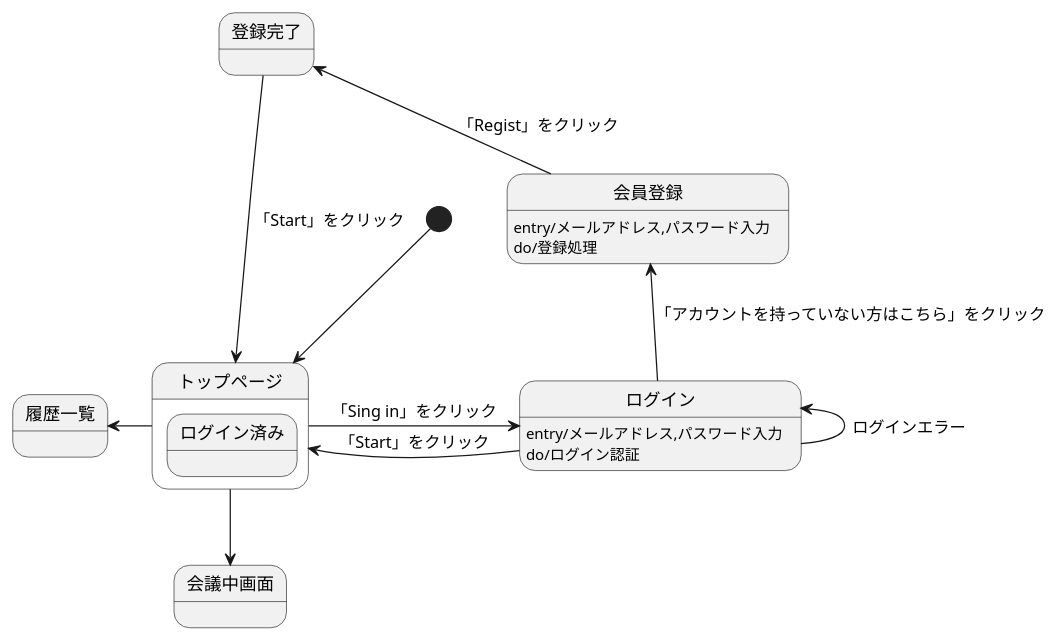
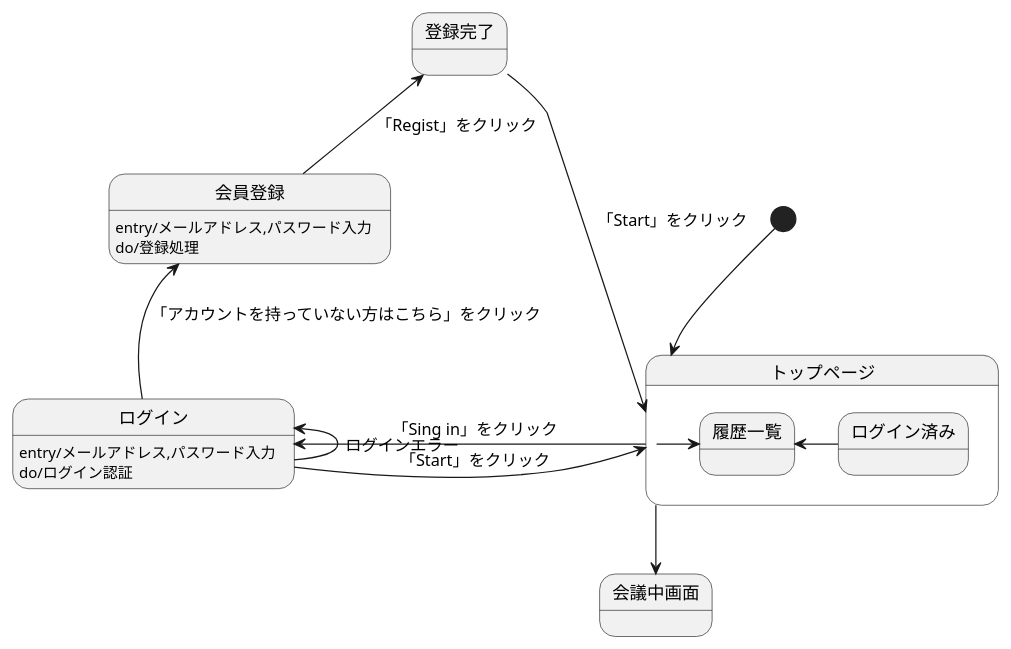
One commit to Aso2001031/2021sys-design changed the diagram in 画面遷移図.md. Above: the diagram before and after it, drawn with PlantUML.

````diff
--- a/画面遷移図.md
+++ b/画面遷移図.md
@@ -1,27 +1,30 @@
 ```uml
 @startuml
 
 [*] -down-> トップページ
 
 State トップページ {
-  state ログイン済み
+  state ログイン済み {
+  
+  }
+  ログイン済み -left-> 履歴一覧
 }
 トップページ -right-> ログイン :「Sing in」をクリック
 トップページ -left-> 履歴一覧
 トップページ -down-> 会議中画面
 
 
 ログイン : entry/メールアドレス,パスワード入力
 ログイン : do/ログイン認証
 ログイン -left-> トップページ :「Start」をクリック
 ログイン -up-> 会員登録 :「アカウントを持っていない方はこちら」をクリック
 ログイン -up-> ログイン :ログインエラー
 
 会員登録 : entry/メールアドレス,パスワード入力
 会員登録 : do/登録処理
 会員登録 -up-> 登録完了 : 「Regist」をクリック
 
 登録完了 -> トップページ :「Start」をクリック
 
 @enduml
 ```
````
